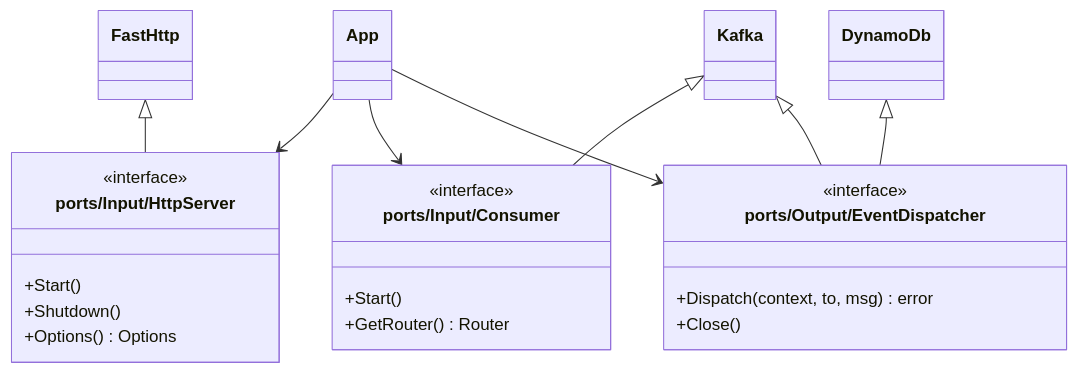
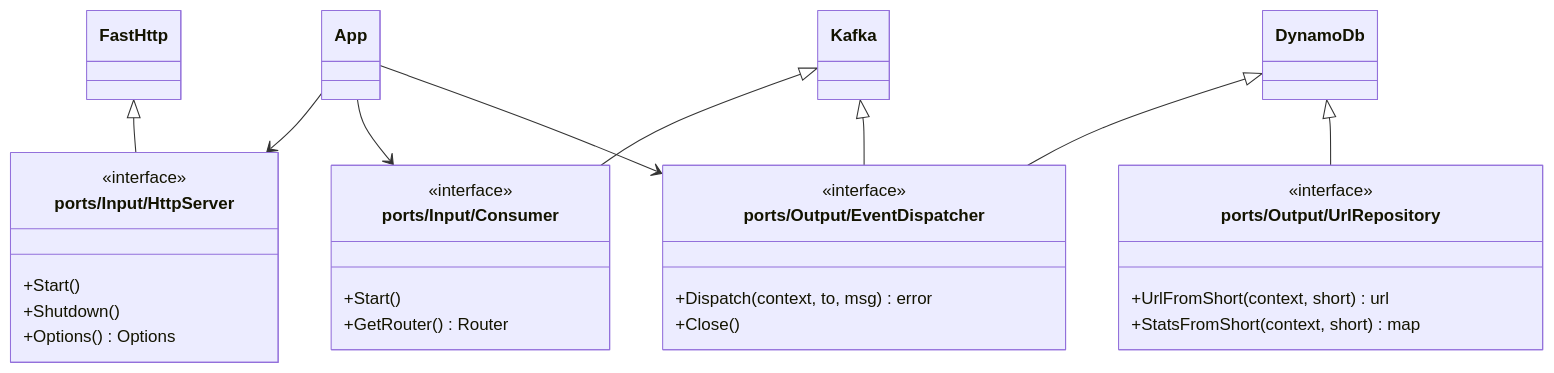
The diagram in readme.md (isaquesb/meli-url-shortener), drawn with Mermaid before and after one commit. The commit also changed other lines of this file and 21 other files, not shown here.

````diff
--- a/readme.md
+++ b/readme.md
@@ -26,41 +32,48 @@
 ```mermaid
 classDiagram
     class `ports/Input/HttpServer` {
         <<interface>>
         +Start()
         +Shutdown()
         +Options() Options
     }
 
     class `ports/Input/Consumer` {
         <<interface>>
         +Start()
         +GetRouter() Router
     }
 
     class `ports/Output/EventDispatcher` {
         <<interface>>
         +Dispatch(context, to, msg) error
         +Close()
     }
 
+    class `ports/Output/UrlRepository` {
+        <<interface>>
+        +UrlFromShort(context, short) url
+        +StatsFromShort(context, short) map
+    }
+
     class App {
     }
     
     class FastHttp {
     }
     
     class Kafka {
     }
     
     class DynamoDb {
     }
 
     App --> `ports/Input/HttpServer`
     App --> `ports/Input/Consumer`
     App --> `ports/Output/EventDispatcher`
     FastHttp <|-- `ports/Input/HttpServer`
     Kafka <|-- `ports/Input/Consumer`
     Kafka <|-- `ports/Output/EventDispatcher`
     DynamoDb <|-- `ports/Output/EventDispatcher`
+    DynamoDb <|-- `ports/Output/UrlRepository`
 ```
````
